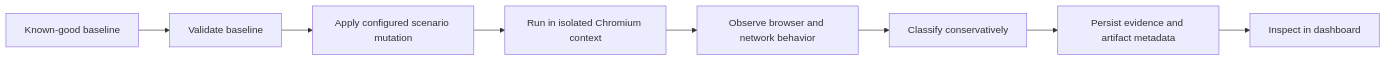
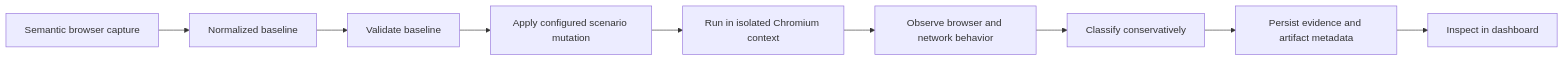
The diagram in README.md (mawadda11/ghostQA), drawn with Mermaid before and after one commit. The commit also changed other lines of this file and 89 other files, not shown here.

````diff
--- a/README.md
+++ b/README.md
@@ -24,10 +24,11 @@
 ```mermaid
 flowchart LR
-    B[Known-good baseline] --> V[Validate baseline]
+    I[Semantic browser capture] --> B[Normalized baseline]
+    B --> V[Validate baseline]
     V --> M[Apply configured scenario mutation]
     M --> C[Run in isolated Chromium context]
     C --> O[Observe browser and network behavior]
     O --> R[Classify conservatively]
     R --> P[Persist evidence and artifact metadata]
     P --> D[Inspect in dashboard]
 ```
````
